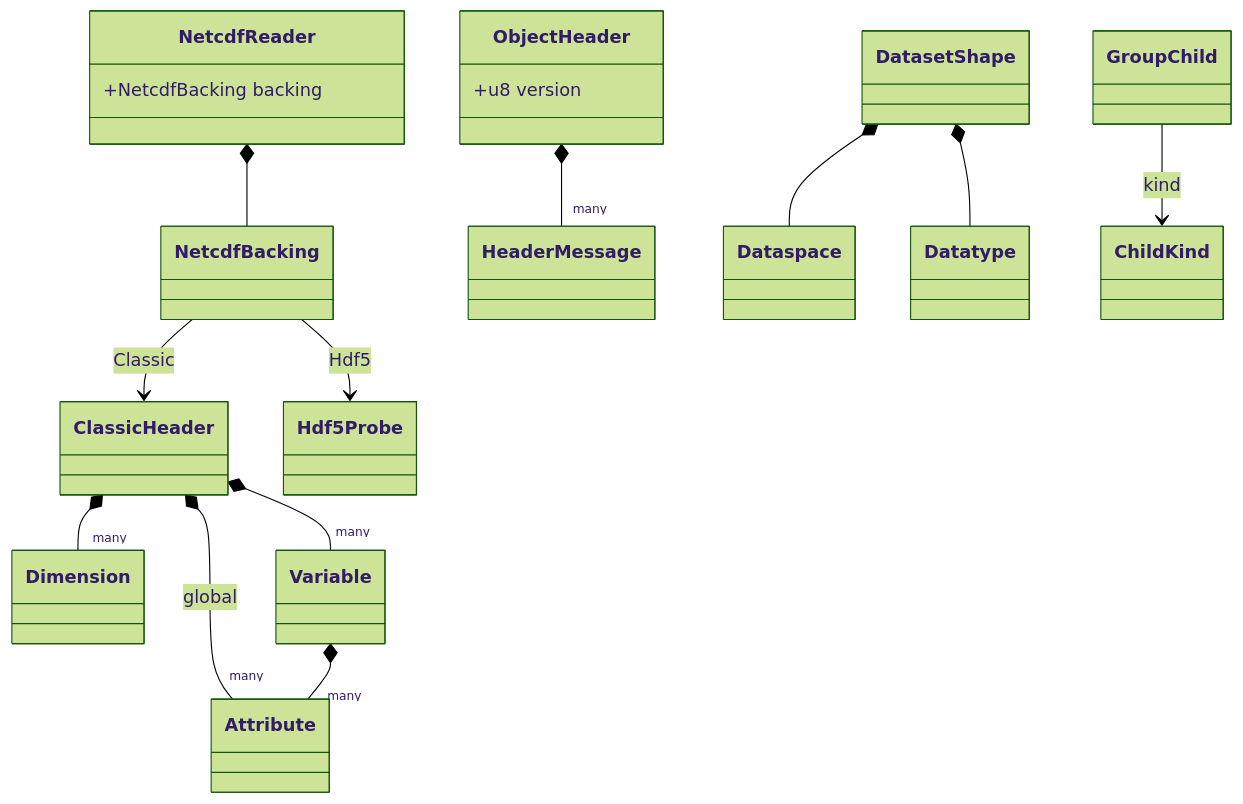
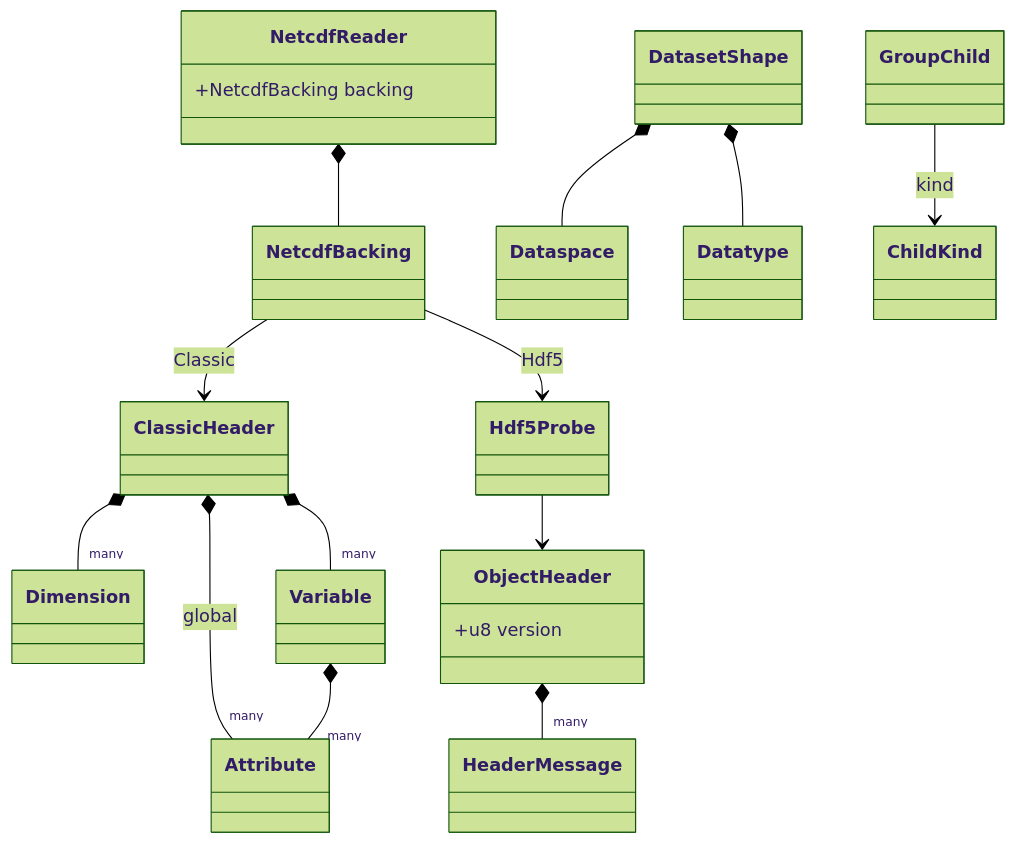
One commit to D0ubleD0uble/fieldglass changed the fifth of 6 diagrams in docs/architecture/03-composition.md. Above: the diagram before and after it, drawn with Mermaid (forest theme). The commit also changed other lines of this file and 2 other files, not shown here.

````diff
--- a/docs/architecture/03-composition.md
+++ b/docs/architecture/03-composition.md
@@ -93,19 +95,20 @@
 ```mermaid
 classDiagram
     class NetcdfReader { +NetcdfBacking backing }
     NetcdfReader *-- NetcdfBacking
     NetcdfBacking --> ClassicHeader : Classic
     NetcdfBacking --> Hdf5Probe : Hdf5
 
     ClassicHeader *-- "many" Dimension
     ClassicHeader *-- "many" Attribute : global
     ClassicHeader *-- "many" Variable
     Variable *-- "many" Attribute
 
+    Hdf5Probe --> ObjectHeader
     class ObjectHeader { +u8 version }
     ObjectHeader *-- "many" HeaderMessage
     class DatasetShape
     DatasetShape *-- Dataspace
     DatasetShape *-- Datatype
     GroupChild --> ChildKind : kind
 ```
````
